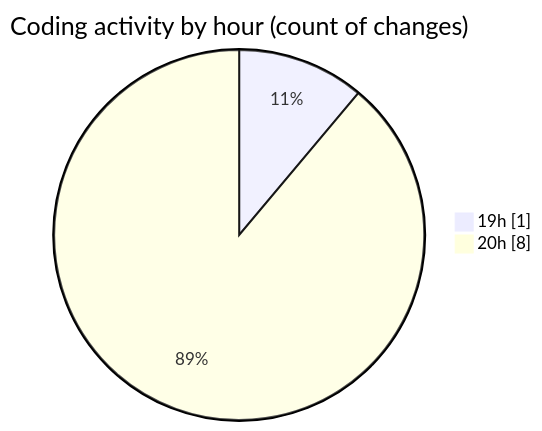
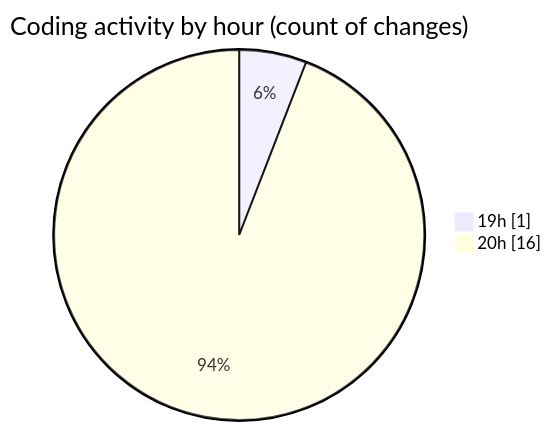
Before and after one commit to Elitesun/code-tracking: the second of 2 diagrams in 2025-02-04/react/README.md, drawn with Mermaid. The commit also changed other lines of this file and 1 other file, not shown here.

````diff
--- a/2025-02-04/react/README.md
+++ b/2025-02-04/react/README.md
@@ -30,6 +30,6 @@
 ```mermaid
 pie showData
 title Coding activity by hour (count of changes)
 "19h" : 1
-"20h" : 8
+"20h" : 16
 ```
````
